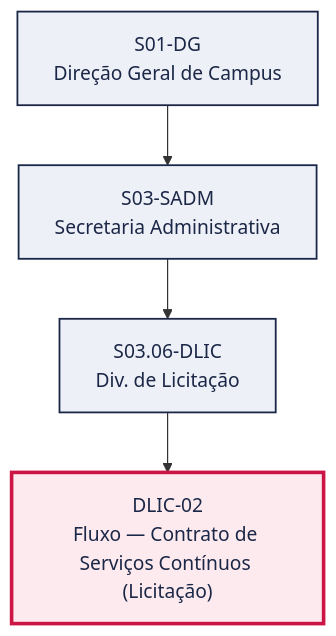
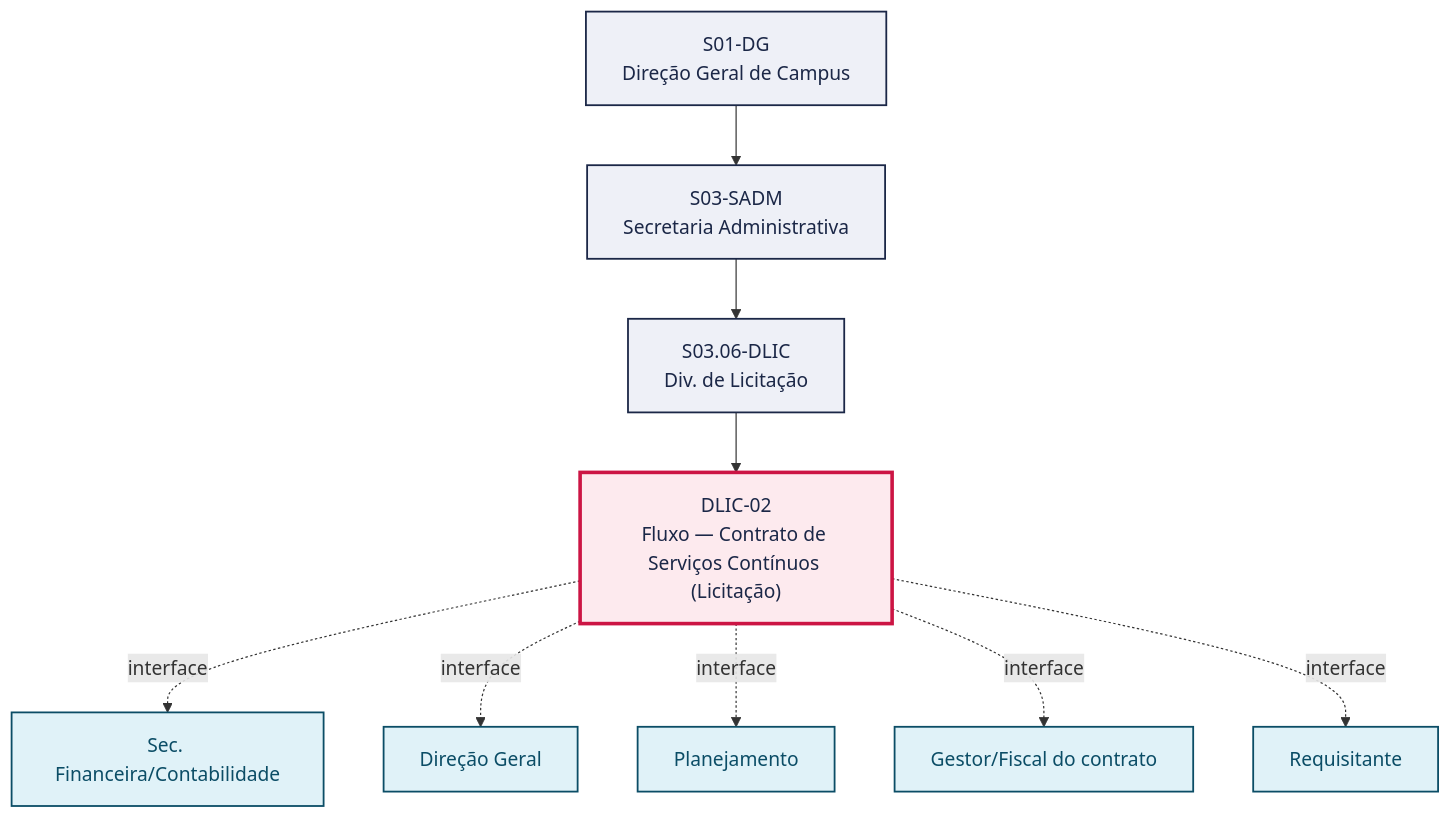
One commit to jessefers/canvas-vivo-atdg changed the first of 2 diagrams in pops/DLIC/DLIC-02.md. Above: the diagram before and after it, drawn with Mermaid. The commit also changed other lines of this file and 9 other files, not shown here.

````diff
--- a/pops/DLIC/DLIC-02.md
+++ b/pops/DLIC/DLIC-02.md
@@ -49,15 +52,26 @@
 ```mermaid
 graph TD
   S01_DG["S01-DG<br/>Direção Geral de Campus"]
   S03_SADM["S03-SADM<br/>Secretaria Administrativa"]
   S01_DG --> S03_SADM
   S03_06_DLIC["S03.06-DLIC<br/>Div. de Licitação"]
   S03_SADM --> S03_06_DLIC
   P["DLIC-02<br/>Fluxo — Contrato de Serviços Contínuos (Licitação)"]
   S03_06_DLIC --> P
+  V1["Sec. Financeira/Contabilidade"]
+  P -. interface .-> V1
+  V2["Direção Geral"]
+  P -. interface .-> V2
+  V3["Planejamento"]
+  P -. interface .-> V3
+  V4["Gestor/Fiscal do contrato"]
+  P -. interface .-> V4
+  V5["Requisitante"]
+  P -. interface .-> V5
   classDef setor fill:#EEF0F7,stroke:#1B2747,stroke-width:1.5px,color:#1B2747
   classDef destaque fill:#FDEAEE,stroke:#CC1544,stroke-width:3px,color:#1B2747
   classDef vizinho fill:#E0F2F8,stroke:#0B4D66,stroke-width:1.5px,color:#0B4D66
   class S01_DG,S03_SADM,S03_06_DLIC setor
   class P destaque
+  class V1,V2,V3,V4,V5 vizinho
 ```
````
